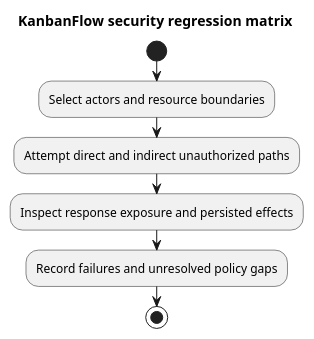
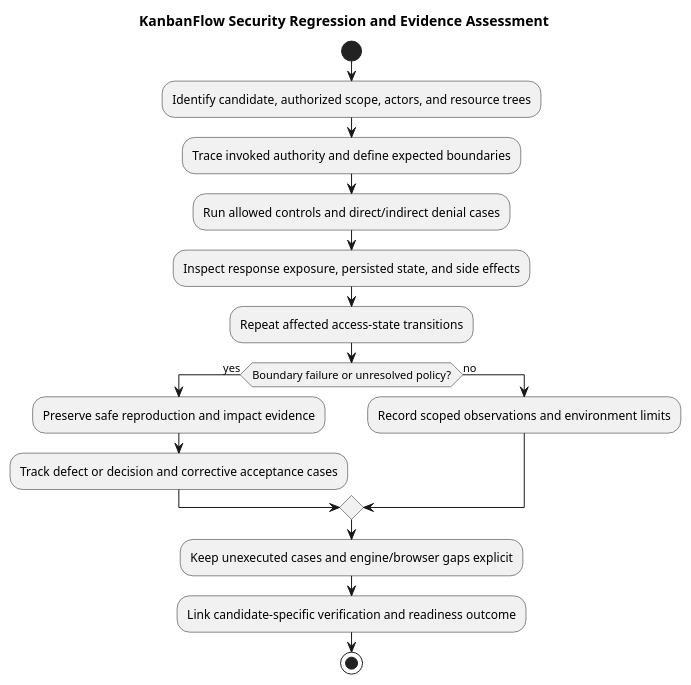
Before and after one commit to Farhad-Valizadegan/Web-KanbanFlow: the diagram in docs/SDLC/06-testing/security-regression-matrix.md, drawn with PlantUML. The commit also changed other lines of this file and 2 other files, not shown here.

Commit message:
docs: complete security regression scenarios and evidence guidance

````diff
--- a/docs/SDLC/06-testing/security-regression-matrix.md
+++ b/docs/SDLC/06-testing/security-regression-matrix.md
@@ -36,11 +92,20 @@
 ```plantuml
 @startuml
-title KanbanFlow security regression matrix
+title KanbanFlow Security Regression and Evidence Assessment
 start
-:Select actors and resource boundaries;
-:Attempt direct and indirect unauthorized paths;
-:Inspect response exposure and persisted effects;
-:Record failures and unresolved policy gaps;
+:Identify candidate, authorized scope, actors, and resource trees;
+:Trace invoked authority and define expected boundaries;
+:Run allowed controls and direct/indirect denial cases;
+:Inspect response exposure, persisted state, and side effects;
+:Repeat affected access-state transitions;
+if (Boundary failure or unresolved policy?) then (yes)
+ :Preserve safe reproduction and impact evidence;
+ :Track defect or decision and corrective acceptance cases;
+else (no)
+ :Record scoped observations and environment limits;
+endif
+:Keep unexecuted cases and engine/browser gaps explicit;
+:Link candidate-specific verification and readiness outcome;
 stop
 @enduml
 ```
````
